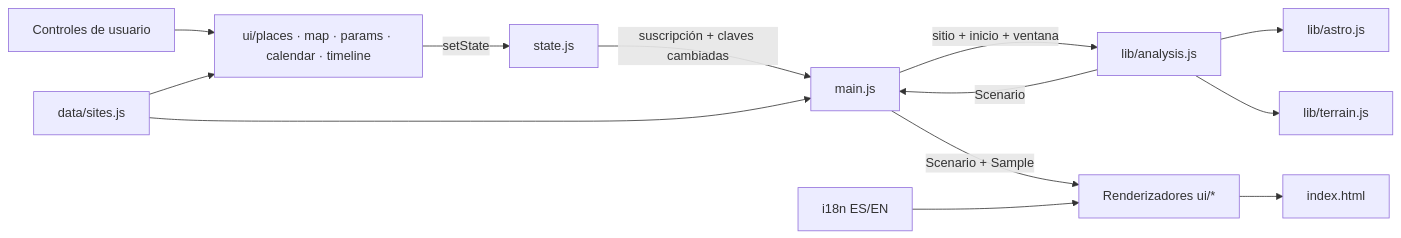
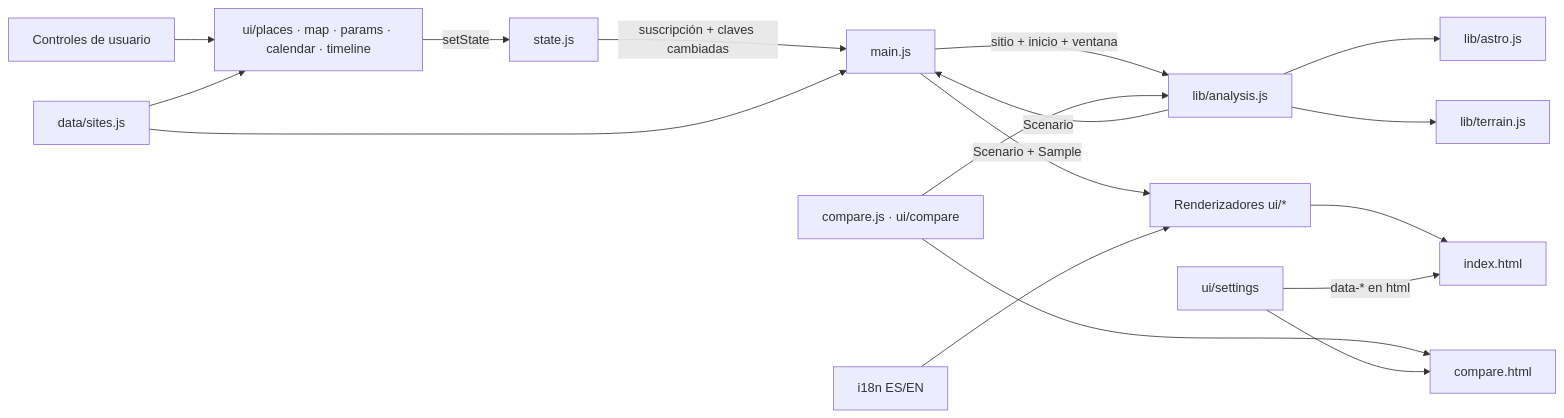
One commit to lucioooofacc/Selene-SpaceApps changed the first of 2 diagrams in docs/ARCHITECTURE.md. Above: the diagram before and after it, drawn with Mermaid. The commit also changed other lines of this file and 4 other files, not shown here.

````diff
--- a/docs/ARCHITECTURE.md
+++ b/docs/ARCHITECTURE.md
@@ -9,15 +9,19 @@
 ```mermaid
 flowchart LR
   U[Controles de usuario] --> UI[ui/places · map · params · calendar · timeline]
   UI -->|setState| S[state.js]
   S -->|suscripción + claves cambiadas| M[main.js]
   M -->|sitio + inicio + ventana| A[lib/analysis.js]
   A --> AS[lib/astro.js]
   A --> T[lib/terrain.js]
   A -->|Scenario| M
   M -->|Scenario + Sample| R[Renderizadores ui/*]
   I[i18n ES/EN] --> R
   D[data/sites.js] --> M
   D --> UI
   R --> DOM[index.html]
+  CMP[compare.js · ui/compare] --> A
+  CMP --> DOM2[compare.html]
+  SET[ui/settings] -->|data-* en html| DOM
+  SET --> DOM2
 ```
````
